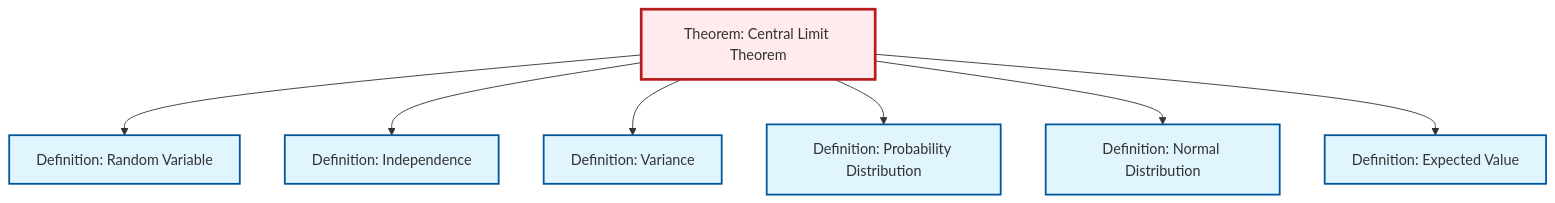
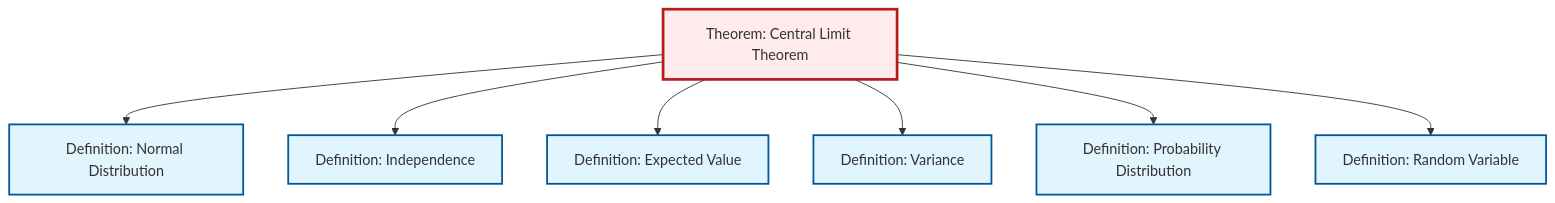
The second of 2 diagrams in content/en/probability-statistics/thm-central-limit.qmd (RK0429/ModernMath), drawn with Mermaid before and after one commit. The commit also changed other lines of this file and 654 other files, not shown here.

````diff
--- a/content/en/probability-statistics/thm-central-limit.qmd
+++ b/content/en/probability-statistics/thm-central-limit.qmd
@@ -111,29 +111,29 @@
 ```{mermaid}
 %%| fig-cap: "Local dependency graph"
 graph TD
     classDef definition fill:#e1f5fe,stroke:#01579b,stroke-width:2px
     classDef theorem fill:#f3e5f5,stroke:#4a148c,stroke-width:2px
     classDef axiom fill:#fff3e0,stroke:#e65100,stroke-width:2px
     classDef example fill:#e8f5e9,stroke:#1b5e20,stroke-width:2px
     classDef current fill:#ffebee,stroke:#b71c1c,stroke-width:3px
+    def-expectation["Definition: Expected Value"]:::definition
+    def-normal-distribution["Definition: Normal Distribution"]:::definition
+    def-probability-distribution["Definition: Probability Distribution"]:::definition
+    def-variance["Definition: Variance"]:::definition
+    def-random-variable["Definition: Random Variable"]:::definition
+    thm-central-limit["Theorem: Central Limit Theorem"]:::theorem
     def-independence["Definition: Independence"]:::definition
-    thm-central-limit["Theorem: Central Limit Theorem"]:::theorem
-    def-expectation["Definition: Expected Value"]:::definition
-    def-variance["Definition: Variance"]:::definition
-    def-probability-distribution["Definition: Probability Distribution"]:::definition
-    def-normal-distribution["Definition: Normal Distribution"]:::definition
-    def-random-variable["Definition: Random Variable"]:::definition
-    thm-central-limit --> def-random-variable
+    thm-central-limit --> def-normal-distribution
     thm-central-limit --> def-independence
+    thm-central-limit --> def-expectation
     thm-central-limit --> def-variance
     thm-central-limit --> def-probability-distribution
-    thm-central-limit --> def-normal-distribution
-    thm-central-limit --> def-expectation
+    thm-central-limit --> def-random-variable
     class thm-central-limit current
+    click def-expectation "def-expectation.html" "Go to Expected Value definition"
+    click def-normal-distribution "def-normal-distribution.html" "Go to Normal Distribution definition"
+    click def-probability-distribution "def-probability-distribution.html" "Go to Probability Distribution definition"
+    click def-variance "def-variance.html" "Go to Variance definition"
+    click def-random-variable "def-random-variable.html" "Go to Random Variable definition"
     click def-independence "def-independence.html" "Go to Independence definition"
-    click def-expectation "def-expectation.html" "Go to Expected Value definition"
-    click def-variance "def-variance.html" "Go to Variance definition"
-    click def-probability-distribution "def-probability-distribution.html" "Go to Probability Distribution definition"
-    click def-normal-distribution "def-normal-distribution.html" "Go to Normal Distribution definition"
-    click def-random-variable "def-random-variable.html" "Go to Random Variable definition"
 ```
````
